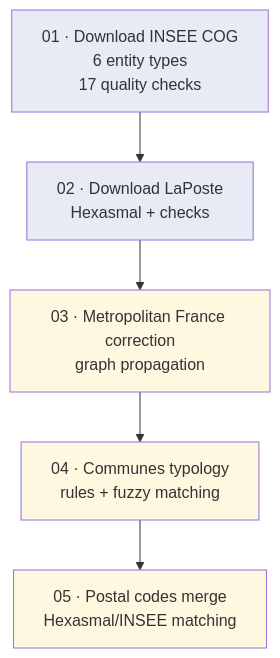
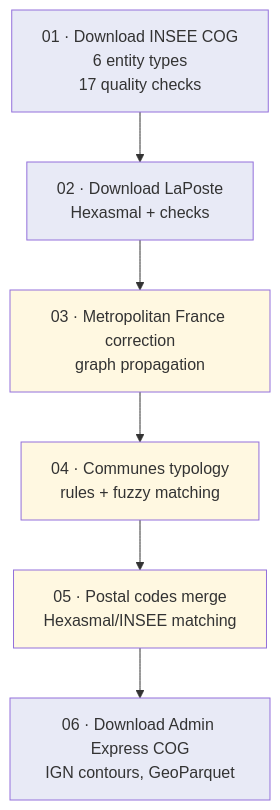
Before and after one commit to stroppycow/geo-collect: the diagram in docs/explanation/methodology.md, drawn with Mermaid. The commit also changed other lines of this file and 48 other files, not shown here.

Commit message:
Add AdminExpress Upload

````diff
--- a/docs/explanation/methodology.md
+++ b/docs/explanation/methodology.md
@@ -22,13 +22,15 @@
 ```mermaid
 flowchart TD
     E01["01 · Download INSEE COG<br/>6 entity types<br/>17 quality checks"] --> E02
     E02["02 · Download LaPoste<br/>Hexasmal + checks"] --> E03
     E03["03 · Metropolitan France correction<br/>graph propagation"] --> E04
     E04["04 · Communes typology<br/>rules + fuzzy matching"] --> E05
-    E05["05 · Postal codes merge<br/>Hexasmal/INSEE matching"]
+    E05["05 · Postal codes merge<br/>Hexasmal/INSEE matching"] --> E06
+    E06["06 · Download Admin Express COG<br/>IGN contours, GeoParquet"]
     style E01 fill:#e8eaf6
     style E02 fill:#e8eaf6
+    style E06 fill:#e8eaf6
     style E03 fill:#fff8e1
     style E04 fill:#fff8e1
     style E05 fill:#fff8e1
 ```
````
